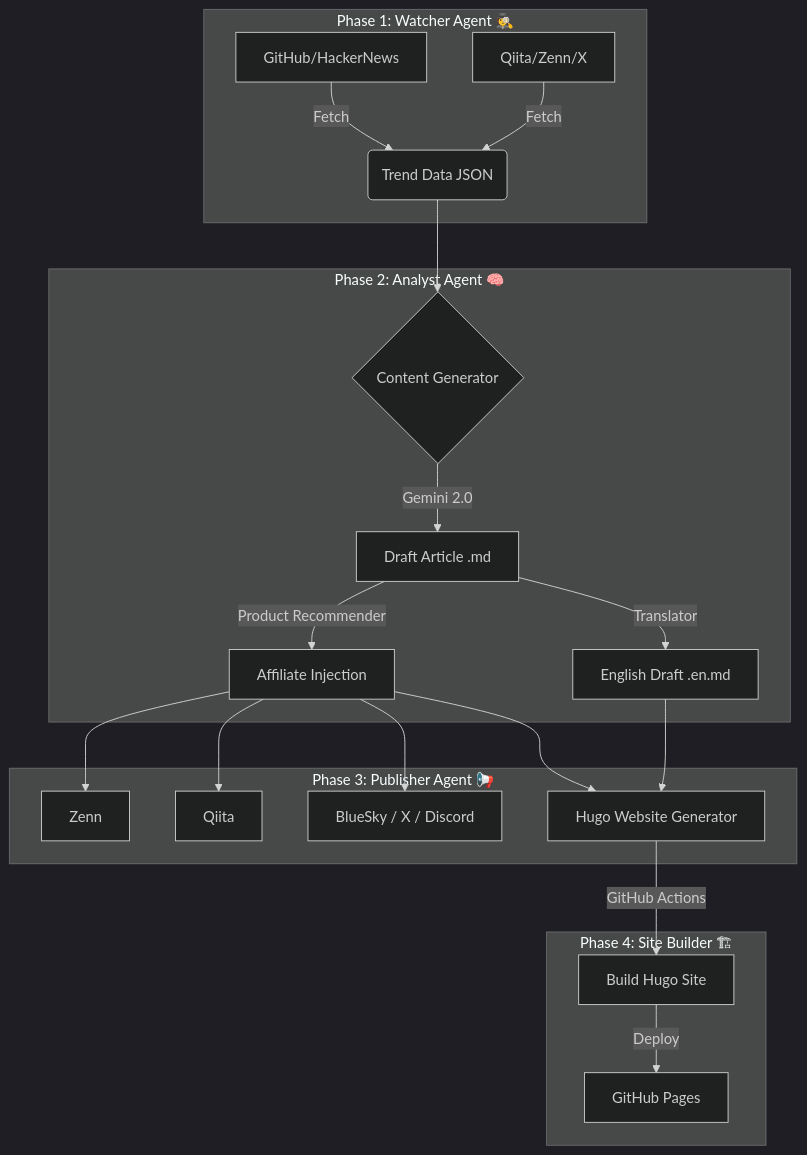
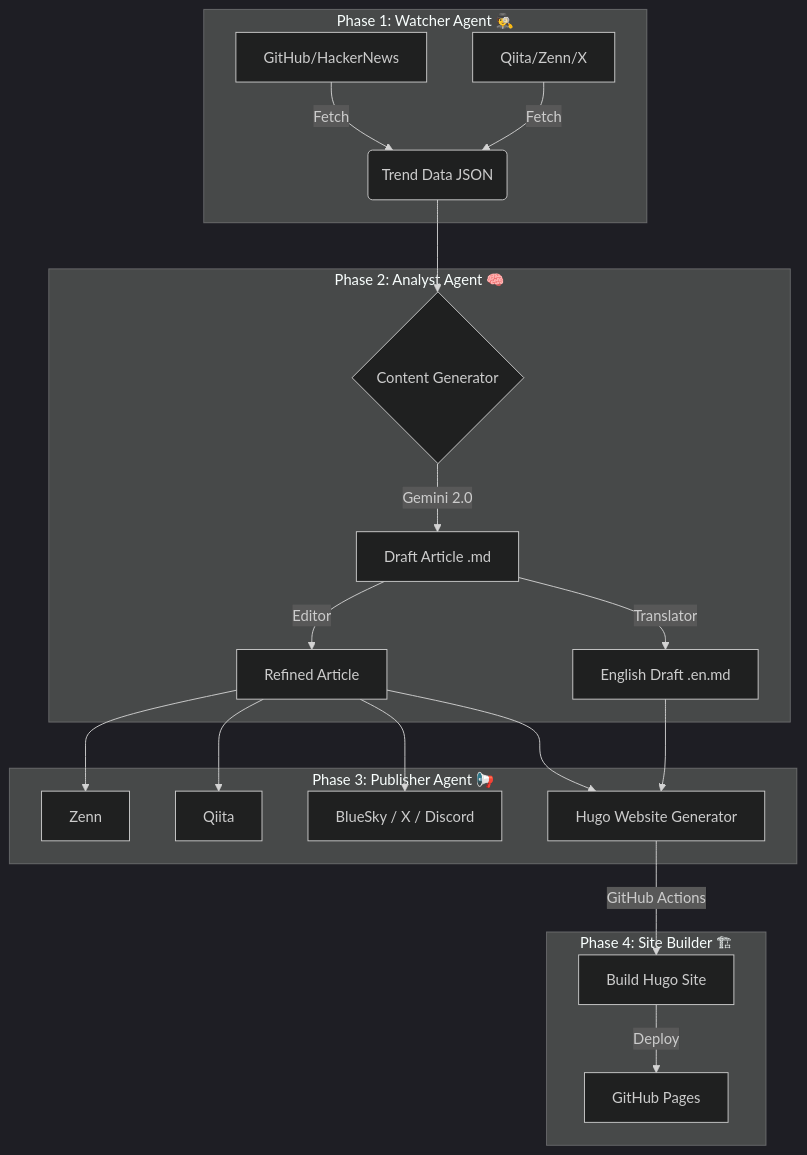
One commit to shironaganegi/TechTrend changed the diagram in README.md. Above: the diagram before and after it, drawn with Mermaid (dark theme). The commit also changed other lines of this file and 1173 other files, not shown here.

````diff
--- a/README.md
+++ b/README.md
@@ -27,26 +27,26 @@
 ```mermaid
 graph TD
     subgraph "Phase 1: Watcher Agent 🕵️"
         A[GitHub/HackerNews] -->|Fetch| B(Trend Data JSON)
         C[Qiita/Zenn/X] -->|Fetch| B
     end
     
     subgraph "Phase 2: Analyst Agent 🧠"
         B --> D{Content Generator}
         D -->|Gemini 2.0| E[Draft Article .md]
-        E -->|Product Recommender| F[Affiliate Injection]
+        E -->|Editor| F[Refined Article]
         E -->|Translator| G[English Draft .en.md]
     end
     
     subgraph "Phase 3: Publisher Agent 📢"
         F --> H[Zenn]
         F --> I[Qiita]
         F --> J[BlueSky / X / Discord]
         F & G --> K[Hugo Website Generator]
     end
     
     subgraph "Phase 4: Site Builder 🏗"
         K -->|GitHub Actions| L[Build Hugo Site]
         L -->|Deploy| M[GitHub Pages]
     end
 ```
````
